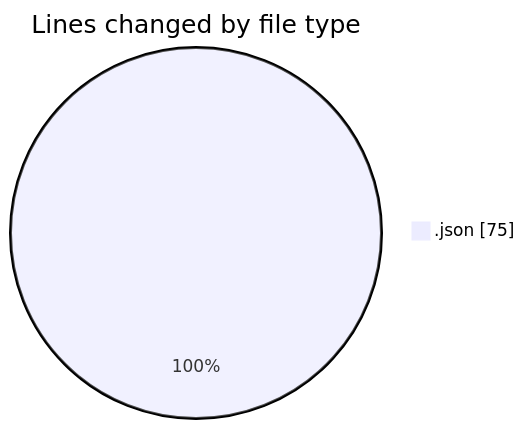
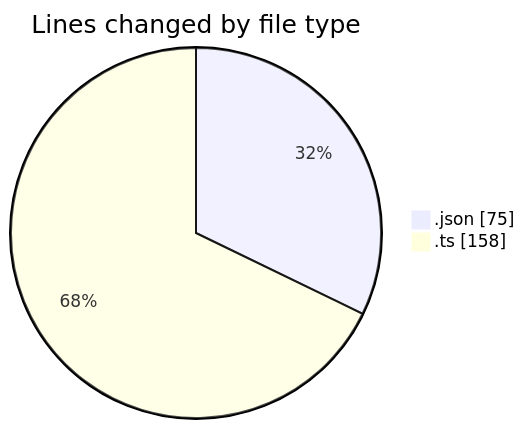
One commit to momahboobian/code-tracking changed the first of 2 diagrams in 2026-04-21/ise-web-ofcom/README.md. Above: the diagram before and after it, drawn with Mermaid. The commit also changed other lines of this file and 1 other file, not shown here.

````diff
--- a/2026-04-21/ise-web-ofcom/README.md
+++ b/2026-04-21/ise-web-ofcom/README.md
@@ -20,5 +22,6 @@
 ```mermaid
 pie showData
 title Lines changed by file type
 ".json" : 75
+".ts" : 158
 ```
````
